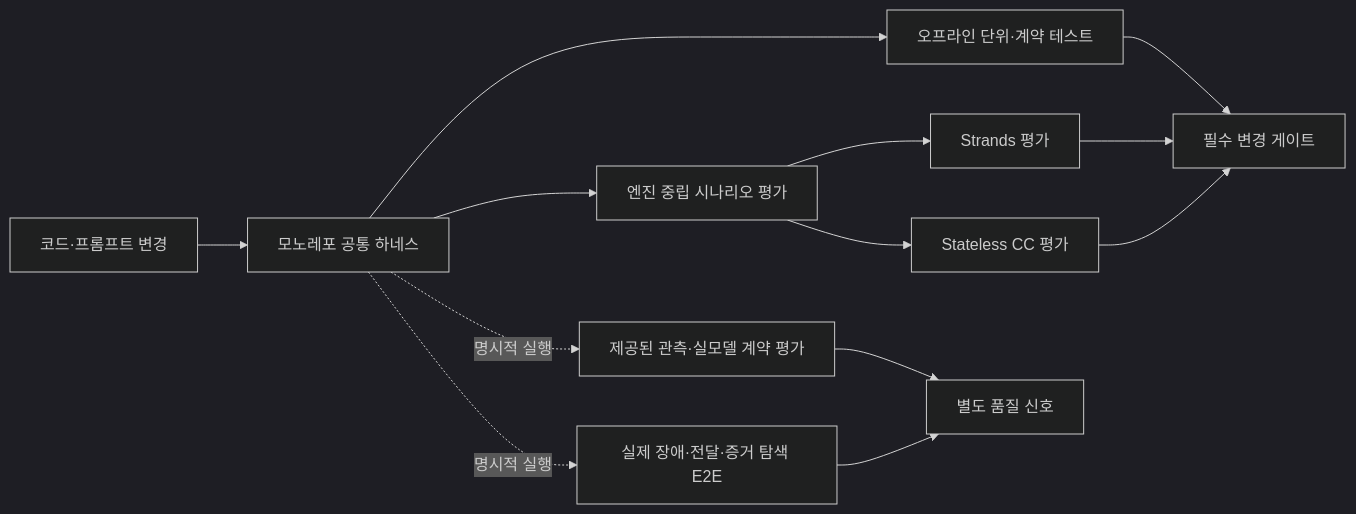
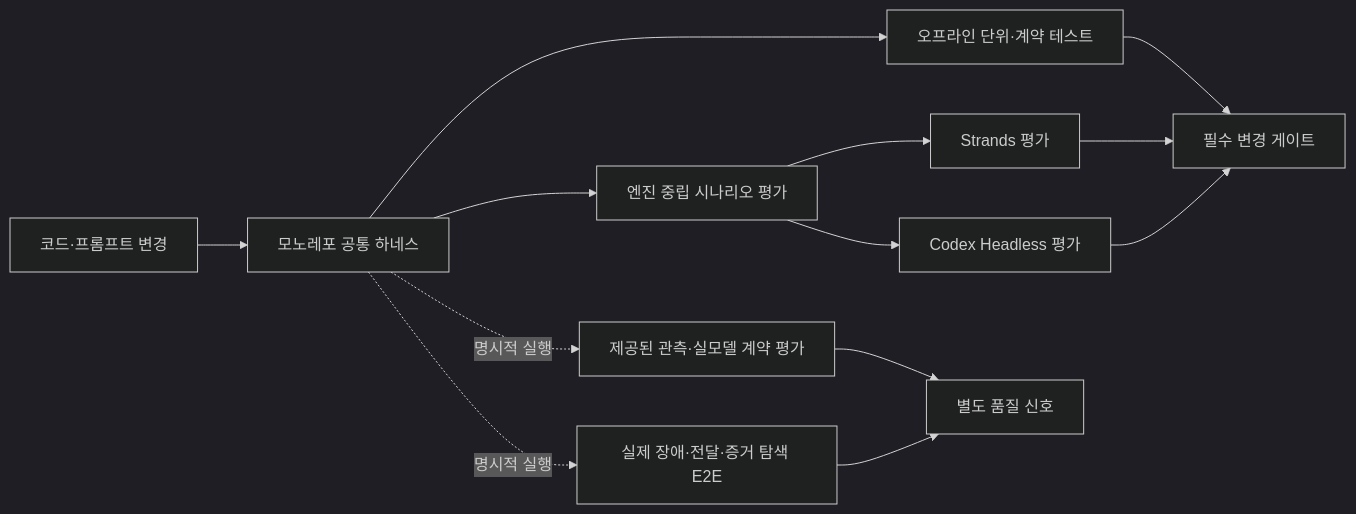
Before and after one commit to haandol/rca-agent: the diagram in docs/adr/agent/0016-rca-evaluation-test-harness.md, drawn with Mermaid (dark theme). The commit also changed other lines of this file and 306 other files, not shown here.

Commit message:
feat: replace headless CC with Codex on Bedrock

````diff
--- a/docs/adr/agent/0016-rca-evaluation-test-harness.md
+++ b/docs/adr/agent/0016-rca-evaluation-test-harness.md
@@ -126,15 +127,15 @@
 ```mermaid
 flowchart LR
     CHANGE["코드·프롬프트 변경"] --> ROOT["모노레포 공통 하네스"]
     ROOT --> OFFLINE["오프라인 단위·계약 테스트"]
     ROOT --> SCENARIO["엔진 중립 시나리오 평가"]
     SCENARIO --> STRANDS["Strands 평가"]
-    SCENARIO --> CC["Stateless CC 평가"]
+    SCENARIO --> CODEX["Codex Headless 평가"]
     ROOT -. 명시적 실행 .-> MODEL["제공된 관측·실모델 계약 평가"]
     ROOT -. 명시적 실행 .-> E2E["실제 장애·전달·증거 탐색 E2E"]
     OFFLINE --> GATE["필수 변경 게이트"]
     STRANDS --> GATE
-    CC --> GATE
+    CODEX --> GATE
     MODEL --> SIGNAL["별도 품질 신호"]
     E2E --> SIGNAL
 ```
````
